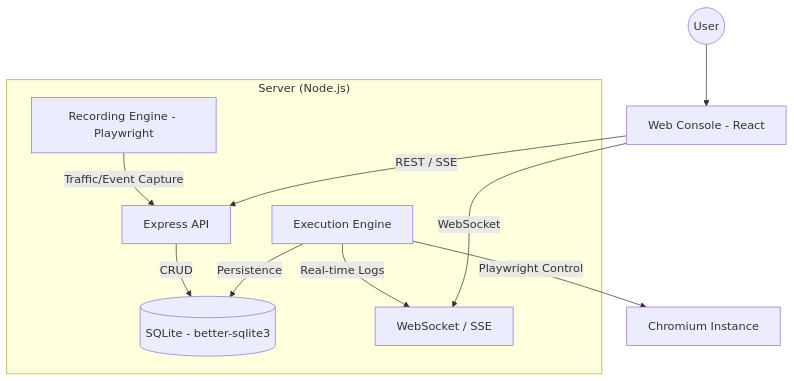
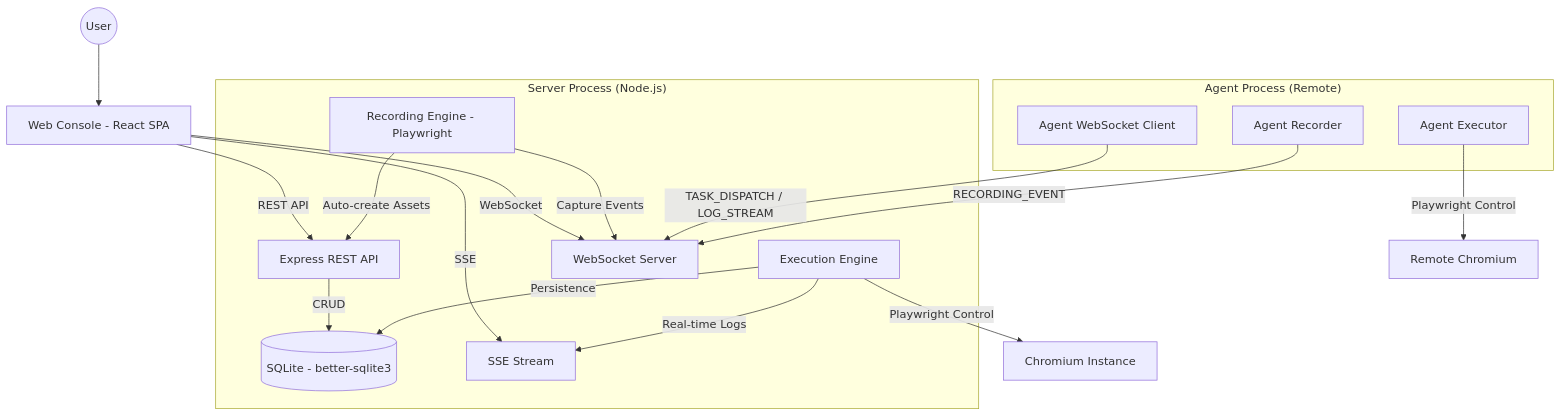
Before and after one commit to huangsx0213/e2e_test: the first of 7 diagrams in docs/02-Architecture.md, drawn with Mermaid. The commit also changed other lines of this file, not shown here.

````diff
--- a/docs/02-Architecture.md
+++ b/docs/02-Architecture.md
@@ -16,20 +25,33 @@
 ```mermaid
 graph TD
-    User((User)) --> Client[Web Console - React]
-    
-    subgraph "Server (Node.js)"
-        API[Express API]
+    User((User)) --> Client[Web Console - React SPA]
+
+    subgraph "Server Process (Node.js)"
+        API[Express REST API]
         Recording[Recording Engine - Playwright]
         Execution[Execution Engine]
         DB[(SQLite - better-sqlite3)]
-        WS[WebSocket / SSE]
+        WS[WebSocket Server]
+        SSE[SSE Stream]
     end
-    
-    Client -- "REST / SSE" --> API
+
+    subgraph "Agent Process (Remote)"
+        AgentExec[Agent Executor]
+        AgentRec[Agent Recorder]
+        AgentWS[Agent WebSocket Client]
+    end
+
+    Client -- "REST API" --> API
+    Client -- "SSE" --> SSE
     Client -- "WebSocket" --> WS
+    API -- "CRUD" --> DB
     Execution -- "Playwright Control" --> Browser[Chromium Instance]
-    Execution -- "Real-time Logs" --> WS
+    Execution -- "Real-time Logs" --> SSE
     Execution -- "Persistence" --> DB
-    Recording -- "Traffic/Event Capture" --> API
-    API -- "CRUD" --> DB
+    Recording -- "Capture Events" --> WS
+    Recording -- "Auto-create Assets" --> API
+
+    AgentExec -- "Playwright Control" --> AgentBrowser[Remote Chromium]
+    AgentWS -- "TASK_DISPATCH / LOG_STREAM" --> WS
+    AgentRec -- "RECORDING_EVENT" --> WS
 ```
````
